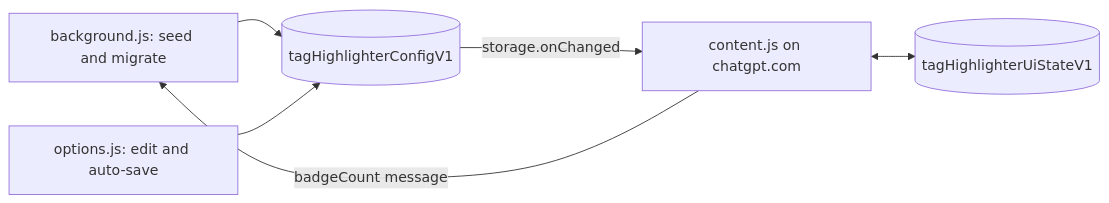
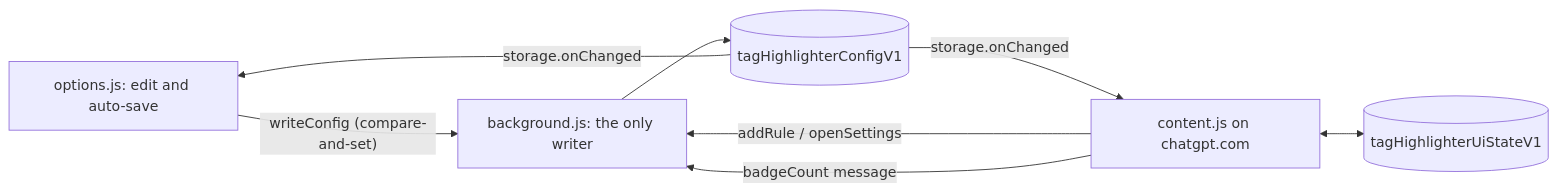
Before and after one commit to D0n9X1n/chatgpt-tag-highlighter: the diagram in wiki/Architecture.md, drawn with Mermaid. The commit also changed other lines of this file and 21 other files, not shown here.

First line of the commit message:
v1.3.0: quick tag, settings gear, floating settings window (#73–#76) (#78)

````diff
--- a/wiki/Architecture.md
+++ b/wiki/Architecture.md
@@ -20,8 +20,10 @@
 ```mermaid
 flowchart LR
-  BG["background.js: seed and migrate"] --> CFG[("tagHighlighterConfigV1")]
-  OPT["options.js: edit and auto-save"] --> CFG
-  CFG -- "storage.onChanged" --> CS["content.js on chatgpt.com"]
+  OPT["options.js: edit and auto-save"] -- "writeConfig (compare-and-set)" --> BG["background.js: the only writer"]
+  CS["content.js on chatgpt.com"] -- "addRule / openSettings" --> BG
   CS -- "badgeCount message" --> BG
+  BG --> CFG[("tagHighlighterConfigV1")]
+  CFG -- "storage.onChanged" --> CS
+  CFG -- "storage.onChanged" --> OPT
   CS <--> UI[("tagHighlighterUiStateV1")]
 ```
````
